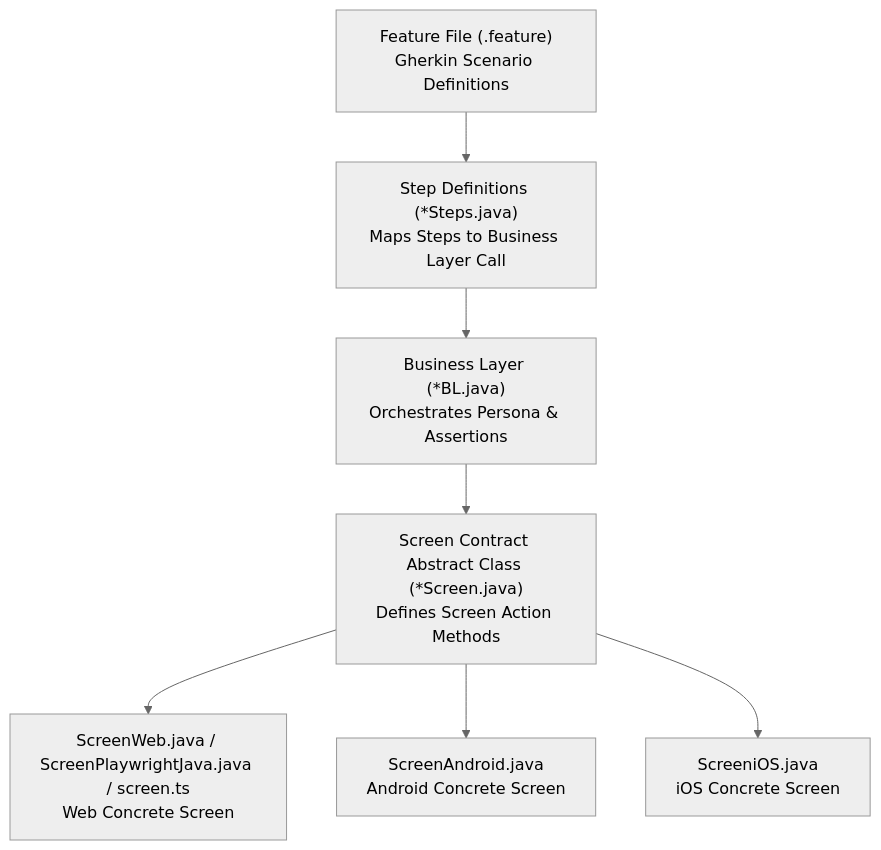
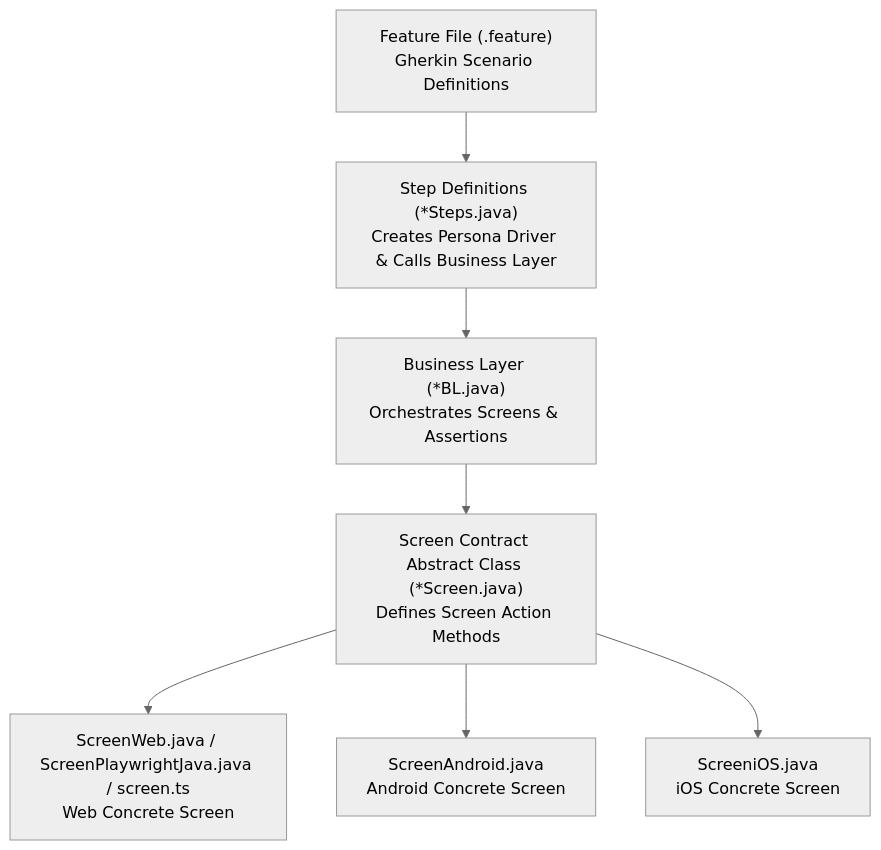
One commit to anandbagmar/teswiz changed the diagram in docs/getting-started/writing-first-test.md. Above: the diagram before and after it, drawn with Mermaid (neutral theme). The commit also changed other lines of this file and 8 other files, not shown here.

````diff
--- a/docs/getting-started/writing-first-test.md
+++ b/docs/getting-started/writing-first-test.md
@@ -13,9 +13,9 @@
 ```mermaid
 flowchart TD
-    A["Feature File (.feature)<br/>Gherkin Scenario Definitions"] --> B["Step Definitions (*Steps.java)<br/>Maps Steps to Business Layer Call"]
-    B --> C["Business Layer (*BL.java)<br/>Orchestrates Persona & Assertions"]
+    A["Feature File (.feature)<br/>Gherkin Scenario Definitions"] --> B["Step Definitions (*Steps.java)<br/>Creates Persona Driver & Calls Business Layer"]
+    B --> C["Business Layer (*BL.java)<br/>Orchestrates Screens & Assertions"]
     C --> D["Screen Contract Abstract Class (*Screen.java)<br/>Defines Screen Action Methods"]
     D --> E1["ScreenWeb.java / ScreenPlaywrightJava.java / screen.ts<br/>Web Concrete Screen"]
     D --> E2["ScreenAndroid.java<br/>Android Concrete Screen"]
     D --> E3["ScreeniOS.java<br/>iOS Concrete Screen"]
 ```
````
